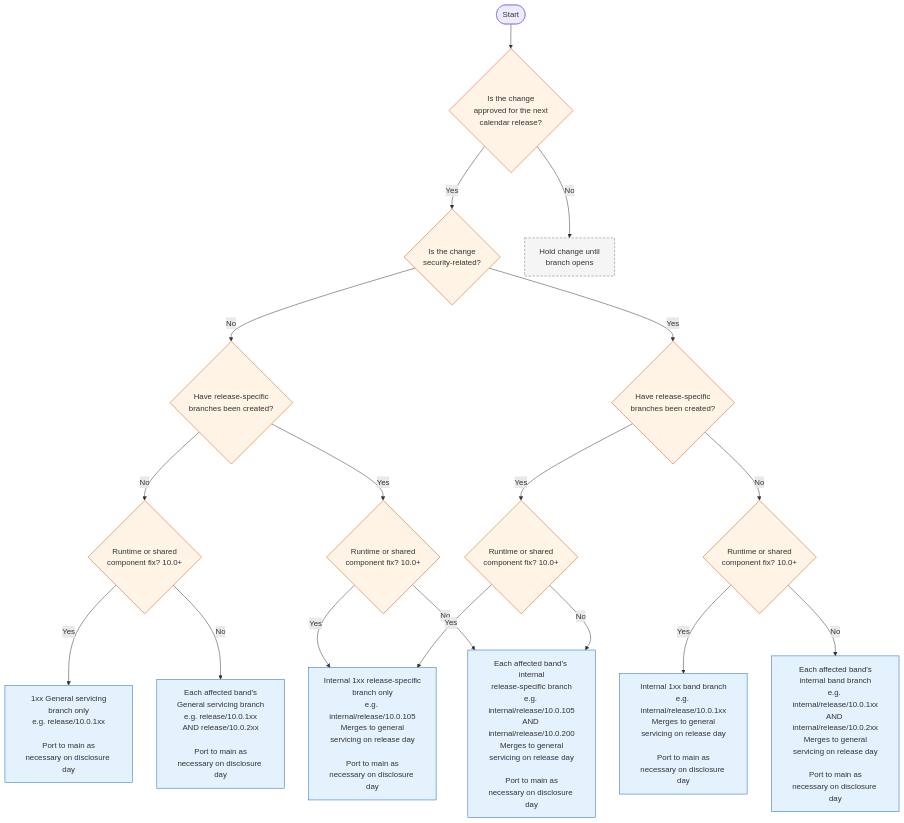
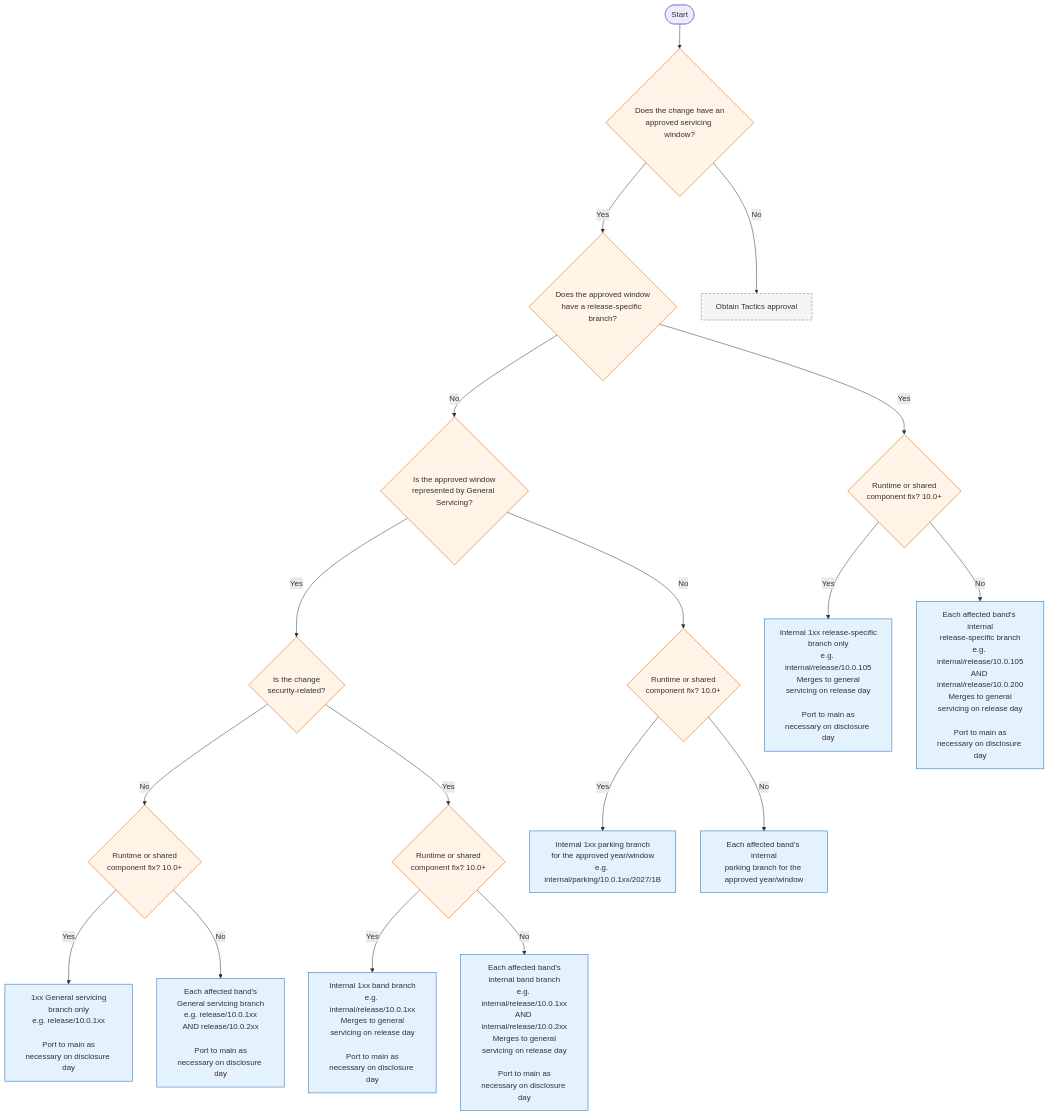
Before and after one commit to dotnet/dotnet: the third of 3 diagrams in docs/VMR-Change-Target-Guide.md, drawn with Mermaid. The commit also changed other lines of this file and 1 other file, not shown here.

Commit message:
Address parking workflow review and update check-in guide
Copilot-Session: abb4452a-4a8b-48f8-a600-bce43e0b25bd

````diff
--- a/docs/VMR-Change-Target-Guide.md
+++ b/docs/VMR-Change-Target-Guide.md
@@ -138,53 +143,52 @@
 ```mermaid
 flowchart TD
     classDef decision fill:#fff4e5,stroke:#d35400,stroke-width:1px;
     classDef action fill:#e3f2fd,stroke:#1565c0,stroke-width:1px;
     classDef wait fill:#f5f5f5,stroke:#8d6e63,stroke-dasharray:5 3;
 
     start([Start])
-    approved{Is the change<br/>approved for the next<br/>calendar release?}
+    approved{Does the change have an<br/>approved servicing window?}
+    releaseCut{Does the approved window<br/>have a release-specific branch?}
+    generalWindow{Is the approved window<br/>represented by General Servicing?}
+    parkingType{Runtime or shared<br/>component fix? 10.0+}
     security{Is the change<br/>security-related?}
-    releaseCutNonSec{Have release-specific<br/>branches been created?}
-    releaseCutSec{Have release-specific<br/>branches been created?}
     componentTypeNonSecNoCut{Runtime or shared<br/>component fix? 10.0+}
     componentTypeNonSecCut{Runtime or shared<br/>component fix? 10.0+}
     componentTypeSecNoCut{Runtime or shared<br/>component fix? 10.0+}
-    componentTypeSecCut{Runtime or shared<br/>component fix? 10.0+}
 
     generalServicing1xx["1xx General servicing<br/>branch only<br/>e.g. release/10.0.1xx<br/><br/>Port to main as<br/>necessary on disclosure day"]
     generalServicingAllBands["Each affected band's<br/>General servicing branch<br/>e.g. release/10.0.1xx<br/>AND release/10.0.2xx<br/><br/>Port to main as<br/>necessary on disclosure day"]
     internalSpecific1xx["Internal 1xx release-specific<br/>branch only<br/>e.g. internal/release/10.0.105<br/>Merges to general<br/>servicing on release day<br/><br/>Port to main as<br/>necessary on disclosure day"]
     internalSpecificAllBands["Each affected band's internal<br/>release-specific branch<br/>e.g. internal/release/10.0.105<br/>AND internal/release/10.0.200<br/>Merges to general<br/>servicing on release day<br/><br/>Port to main as<br/>necessary on disclosure day"]
     internalGeneral1xx["Internal 1xx band branch<br/>e.g. internal/release/10.0.1xx<br/>Merges to general<br/>servicing on release day<br/><br/>Port to main as<br/>necessary on disclosure day"]
     internalGeneralAllBands["Each affected band's<br/>internal band branch<br/>e.g. internal/release/10.0.1xx<br/>AND internal/release/10.0.2xx<br/>Merges to general<br/>servicing on release day<br/><br/>Port to main as<br/>necessary on disclosure day"]
-    holdChange["Hold change until<br/>branch opens"]
+    parking1xx["Internal 1xx parking branch<br/>for the approved year/window<br/>e.g. internal/parking/10.0.1xx/2027/1B"]
+    parkingAllBands["Each affected band's internal<br/>parking branch for the approved year/window"]
+    holdChange["Obtain Tactics approval"]
 
     start --> approved
     approved -- "No" --> holdChange
-    approved -- "Yes" --> security
+    approved -- "Yes" --> releaseCut
+    releaseCut -- "Yes" --> componentTypeNonSecCut
+    releaseCut -- "No" --> generalWindow
+    generalWindow -- "Yes" --> security
+    generalWindow -- "No" --> parkingType
+    parkingType -- "Yes" --> parking1xx
+    parkingType -- "No" --> parkingAllBands
 
-    security -- "No" --> releaseCutNonSec
-    security -- "Yes" --> releaseCutSec
-
-    releaseCutNonSec -- "No" --> componentTypeNonSecNoCut
-    releaseCutNonSec -- "Yes" --> componentTypeNonSecCut
+    security -- "No" --> componentTypeNonSecNoCut
+    security -- "Yes" --> componentTypeSecNoCut
 
     componentTypeNonSecNoCut -- "Yes" --> generalServicing1xx
     componentTypeNonSecNoCut -- "No" --> generalServicingAllBands
 
     componentTypeNonSecCut -- "Yes" --> internalSpecific1xx
     componentTypeNonSecCut -- "No" --> internalSpecificAllBands
 
-    releaseCutSec -- "No" --> componentTypeSecNoCut
-    releaseCutSec -- "Yes" --> componentTypeSecCut
-
     componentTypeSecNoCut -- "Yes" --> internalGeneral1xx
     componentTypeSecNoCut -- "No" --> internalGeneralAllBands
 
-    componentTypeSecCut -- "Yes" --> internalSpecific1xx
-    componentTypeSecCut -- "No" --> internalSpecificAllBands
-
-    class approved,security,releaseCutNonSec,releaseCutSec,componentTypeNonSecNoCut,componentTypeNonSecCut,componentTypeSecNoCut,componentTypeSecCut decision;
-    class generalServicing1xx,generalServicingAllBands,internalSpecific1xx,internalSpecificAllBands,internalGeneral1xx,internalGeneralAllBands action;
+    class approved,releaseCut,generalWindow,parkingType,security,componentTypeNonSecNoCut,componentTypeNonSecCut,componentTypeSecNoCut decision;
+    class generalServicing1xx,generalServicingAllBands,internalSpecific1xx,internalSpecificAllBands,internalGeneral1xx,internalGeneralAllBands,parking1xx,parkingAllBands action;
     class holdChange wait;
 ```
````
